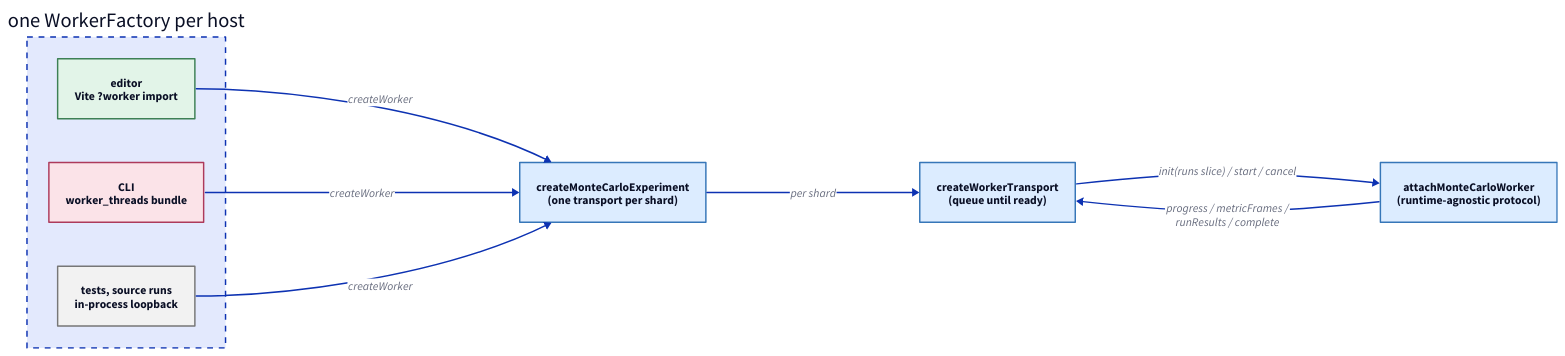
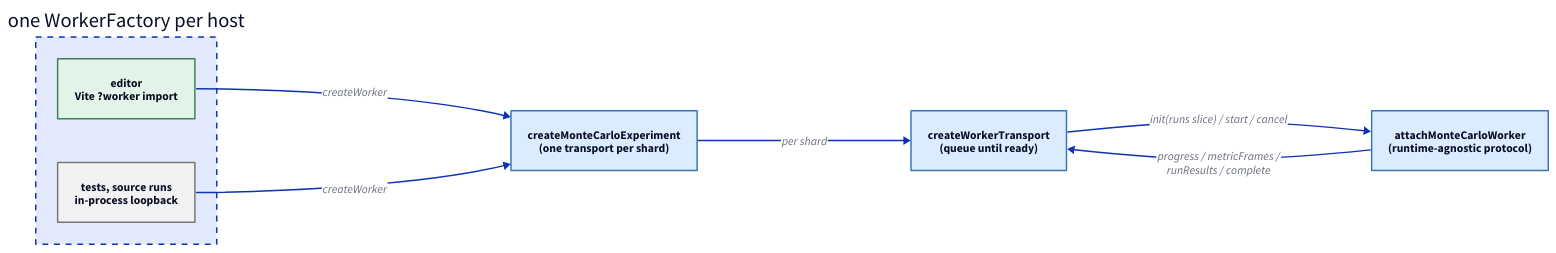
The diagram in libs/@local/petrinaut-arch-docs/content/diagrams/worker-factory.d2 (hashintel/hash), drawn with D2 before and after one commit. The commit also changed 212 other files, not shown here.

```diff
--- a/libs/@local/petrinaut-arch-docs/content/diagrams/worker-factory.d2
+++ b/libs/@local/petrinaut-arch-docs/content/diagrams/worker-factory.d2
@@ -1,20 +1,18 @@
 # Hand-written; rendered by the arch-docs build. Palette matches src/emit/d2.ts.
 direction: right
 
 hosts: "one WorkerFactory per host" {
   style.stroke-dash: 4
   editor: "editor\nVite ?worker import" {style.fill: "#e2f4e8"; style.stroke: "#3d8055"}
-  cli: "CLI\nworker_threads bundle" {style.fill: "#fbe3e8"; style.stroke: "#ad3a5b"}
   inprocess: "tests, source runs\nin-process loopback" {style.fill: "#f2f2f2"; style.stroke: "#777777"}
 }
 
 experiment: "createMonteCarloExperiment\n(one transport per shard)" {style.fill: "#dcecff"; style.stroke: "#3676b8"}
 transport: "createWorkerTransport\n(queue until ready)" {style.fill: "#dcecff"; style.stroke: "#3676b8"}
 attach: "attachMonteCarloWorker\n(runtime-agnostic protocol)" {style.fill: "#dcecff"; style.stroke: "#3676b8"}
 
 hosts.editor -> experiment: createWorker
-hosts.cli -> experiment: createWorker
 hosts.inprocess -> experiment: createWorker
 experiment -> transport: per shard
 transport -> attach: "init(runs slice) / start / cancel"
 attach -> transport: "progress / metricFrames /\nrunResults / complete"
```
